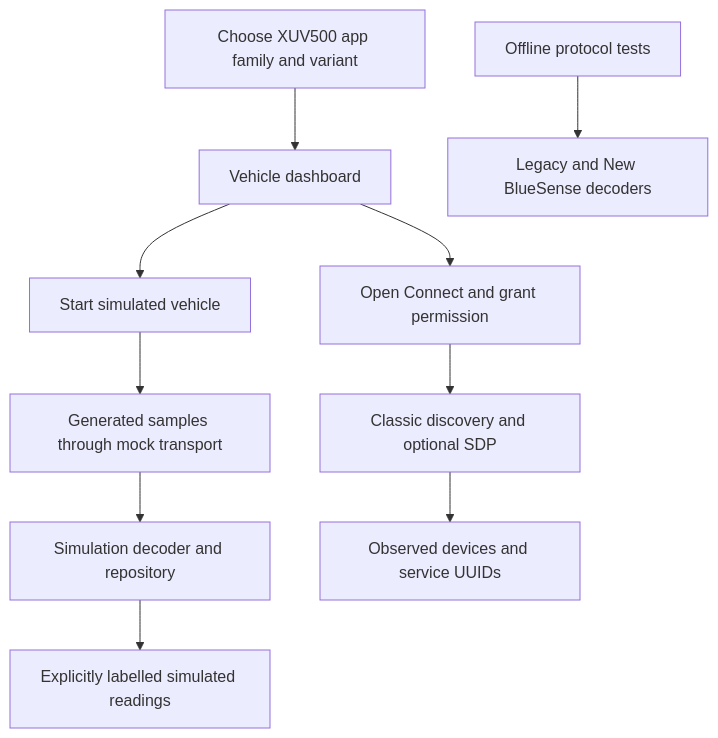
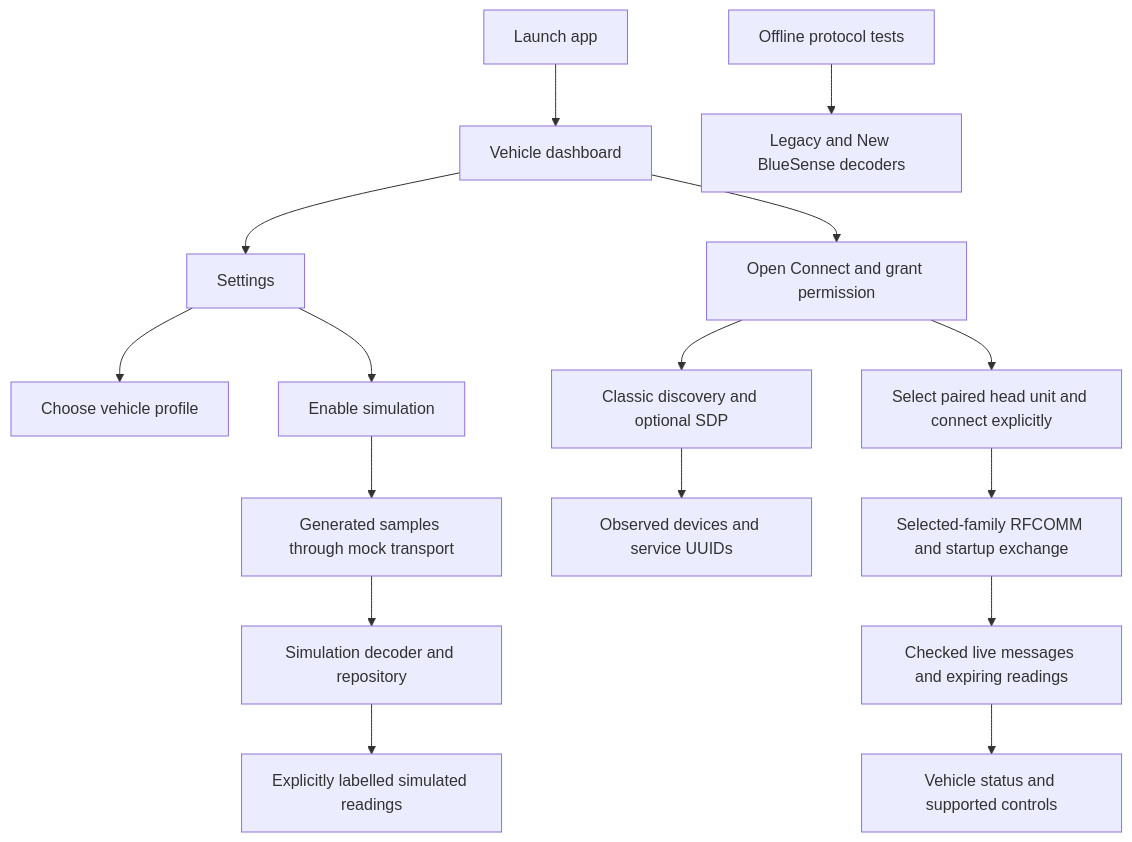
Before and after one commit to Marshmellow31/OpenSense: the diagram in README.md, drawn with Mermaid. The commit also changed other lines of this file and 52 other files, not shown here.

````diff
--- a/README.md
+++ b/README.md
@@ -111,12 +126,18 @@
 ```mermaid
 flowchart TD
-    A[Choose XUV500 app family and variant] --> B[Vehicle dashboard]
-    B --> C[Start simulated vehicle]
+    A[Launch app] --> B[Vehicle dashboard]
+    B --> S[Settings]
+    S --> P[Choose vehicle profile]
+    S --> C[Enable simulation]
     C --> D[Generated samples through mock transport]
     D --> E[Simulation decoder and repository]
     E --> F[Explicitly labelled simulated readings]
     B --> G[Open Connect and grant permission]
     G --> H[Classic discovery and optional SDP]
     H --> I[Observed devices and service UUIDs]
+    G --> L[Select paired head unit and connect explicitly]
+    L --> M[Selected-family RFCOMM and startup exchange]
+    M --> N[Checked live messages and expiring readings]
+    N --> O[Vehicle status and supported controls]
     J[Offline protocol tests] --> K[Legacy and New BlueSense decoders]
 ```
````
